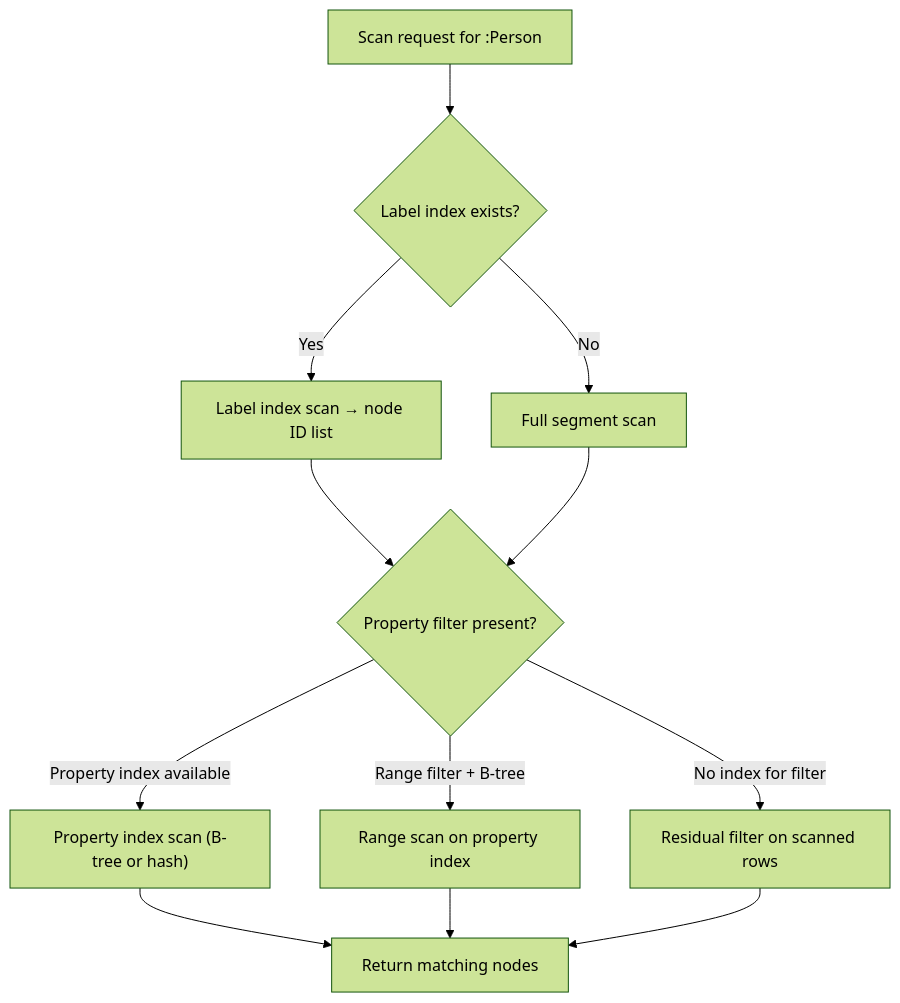
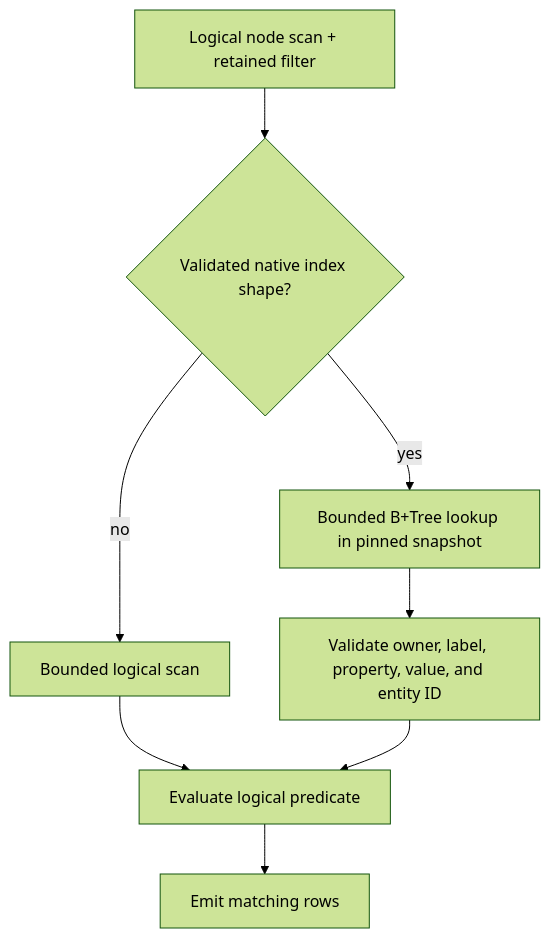
The second of 2 diagrams in docs/apps/docs/content/docs/en/zyx/architecture/optimization.mdx (nexepic/zyx), drawn with Mermaid (forest theme) before and after one commit. The commit also changed other lines of this file and 1349 other files, not shown here.

First line of the commit message:
Retire legacy storage and harden native graph persistence

````diff
--- a/docs/apps/docs/content/docs/en/zyx/architecture/optimization.mdx
+++ b/docs/apps/docs/content/docs/en/zyx/architecture/optimization.mdx
@@ -43,17 +45,10 @@
 ```mermaid
 graph TD
-    A["Scan request for :Person"] --> B{Label index exists?}
-    B -->|Yes| C["Label index scan → node ID list"]
-    B -->|No| D["Full segment scan"]
-
-    C --> E{Property filter present?}
-    D --> E
-
-    E -->|"Property index available"| F["Property index scan (B-tree or hash)"]
-    E -->|"Range filter + B-tree"| G["Range scan on property index"]
-    E -->|"No index for filter"| H["Residual filter on scanned rows"]
-
-    F --> I["Return matching nodes"]
-    G --> I
-    H --> I
+    A["Logical node scan + retained filter"] --> B{"Validated native index shape?"}
+    B -->|"yes"| C["Bounded B+Tree lookup in pinned snapshot"]
+    B -->|"no"| D["Bounded logical scan"]
+    C --> E["Validate owner, label, property, value, and entity ID"]
+    D --> F["Evaluate logical predicate"]
+    E --> F
+    F --> G["Emit matching rows"]
 ```
````
